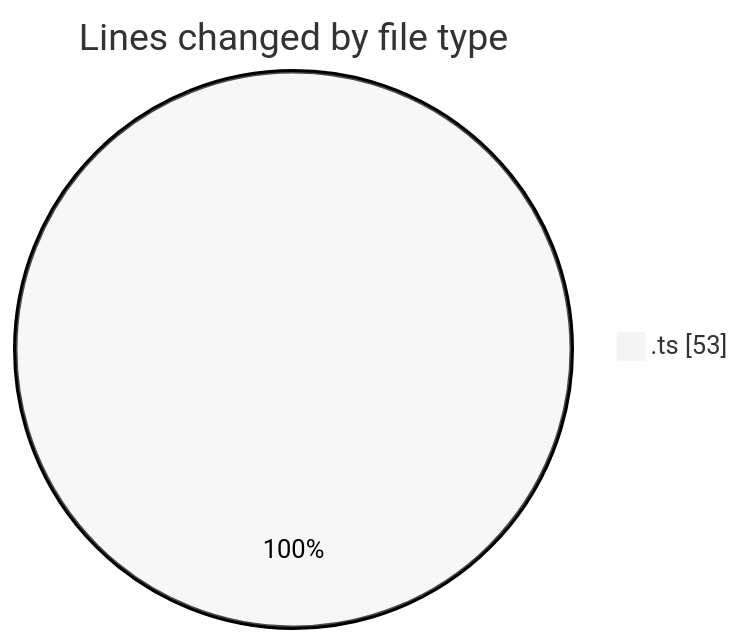
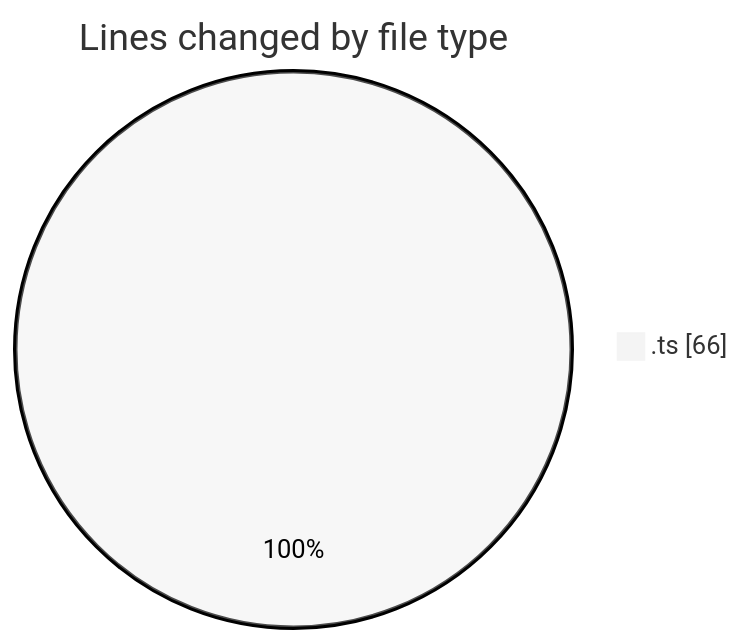
Before and after one commit to EIIisD/code-tracking: the first of 2 diagrams in 2025-08-18/claudecraft/README.md, drawn with Mermaid (neutral theme). The commit also changed other lines of this file and 1 other file, not shown here.

````diff
--- a/2025-08-18/claudecraft/README.md
+++ b/2025-08-18/claudecraft/README.md
@@ -20,5 +20,5 @@
 ```mermaid
 pie showData
 title Lines changed by file type
-".ts" : 53
+".ts" : 66
 ```
````
